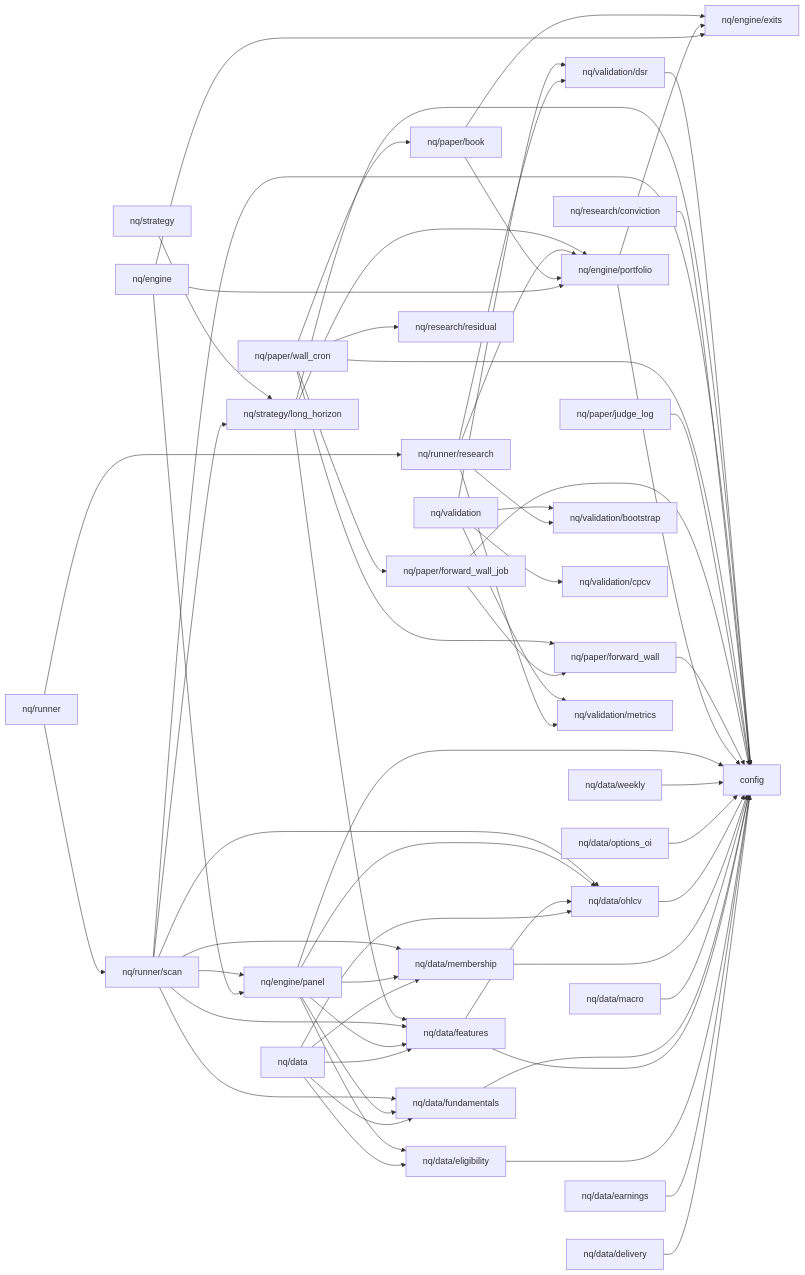
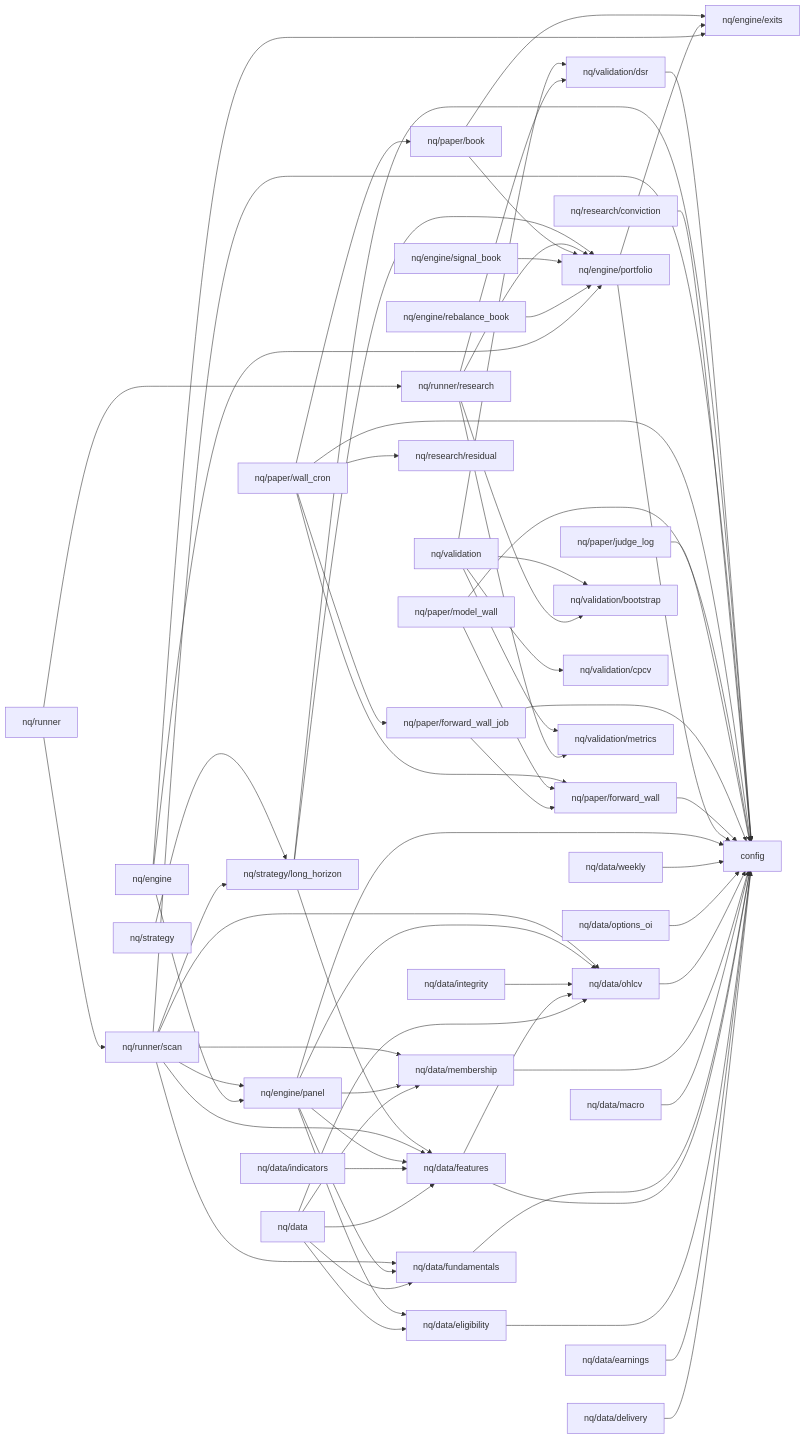
The diagram in docs/DEPENDENCY_MAP.md (kreeshpatel/nifty-satvik), drawn with Mermaid before and after one commit. The commit also changed 19 other files, not shown here.

```diff
--- a/docs/DEPENDENCY_MAP.md
+++ b/docs/DEPENDENCY_MAP.md
@@ -15,6 +15,8 @@
     nq_data_eligibility["nq/data/eligibility"]
     nq_data_features["nq/data/features"]
     nq_data_fundamentals["nq/data/fundamentals"]
+    nq_data_indicators["nq/data/indicators"]
+    nq_data_integrity["nq/data/integrity"]
     nq_data_macro["nq/data/macro"]
     nq_data_membership["nq/data/membership"]
     nq_data_ohlcv["nq/data/ohlcv"]
@@ -24,10 +26,13 @@
     nq_engine_exits["nq/engine/exits"]
     nq_engine_panel["nq/engine/panel"]
     nq_engine_portfolio["nq/engine/portfolio"]
+    nq_engine_rebalance_book["nq/engine/rebalance_book"]
+    nq_engine_signal_book["nq/engine/signal_book"]
     nq_paper_book["nq/paper/book"]
     nq_paper_forward_wall["nq/paper/forward_wall"]
     nq_paper_forward_wall_job["nq/paper/forward_wall_job"]
     nq_paper_judge_log["nq/paper/judge_log"]
+    nq_paper_model_wall["nq/paper/model_wall"]
     nq_paper_wall_cron["nq/paper/wall_cron"]
     nq_research_conviction["nq/research/conviction"]
     nq_research_residual["nq/research/residual"]
@@ -52,6 +57,8 @@
     nq_data_features --> config
     nq_data_features --> nq_data_ohlcv
     nq_data_fundamentals --> config
+    nq_data_indicators --> nq_data_features
+    nq_data_integrity --> nq_data_ohlcv
     nq_data_macro --> config
     nq_data_membership --> config
     nq_data_ohlcv --> config
@@ -68,12 +75,16 @@
     nq_engine_panel --> nq_data_ohlcv
     nq_engine_portfolio --> config
     nq_engine_portfolio --> nq_engine_exits
+    nq_engine_rebalance_book --> nq_engine_portfolio
+    nq_engine_signal_book --> nq_engine_portfolio
     nq_paper_book --> nq_engine_exits
     nq_paper_book --> nq_engine_portfolio
     nq_paper_forward_wall --> config
     nq_paper_forward_wall_job --> config
     nq_paper_forward_wall_job --> nq_paper_forward_wall
     nq_paper_judge_log --> config
+    nq_paper_model_wall --> config
+    nq_paper_model_wall --> nq_paper_forward_wall
     nq_paper_wall_cron --> config
     nq_paper_wall_cron --> nq_paper_book
     nq_paper_wall_cron --> nq_paper_forward_wall
```
